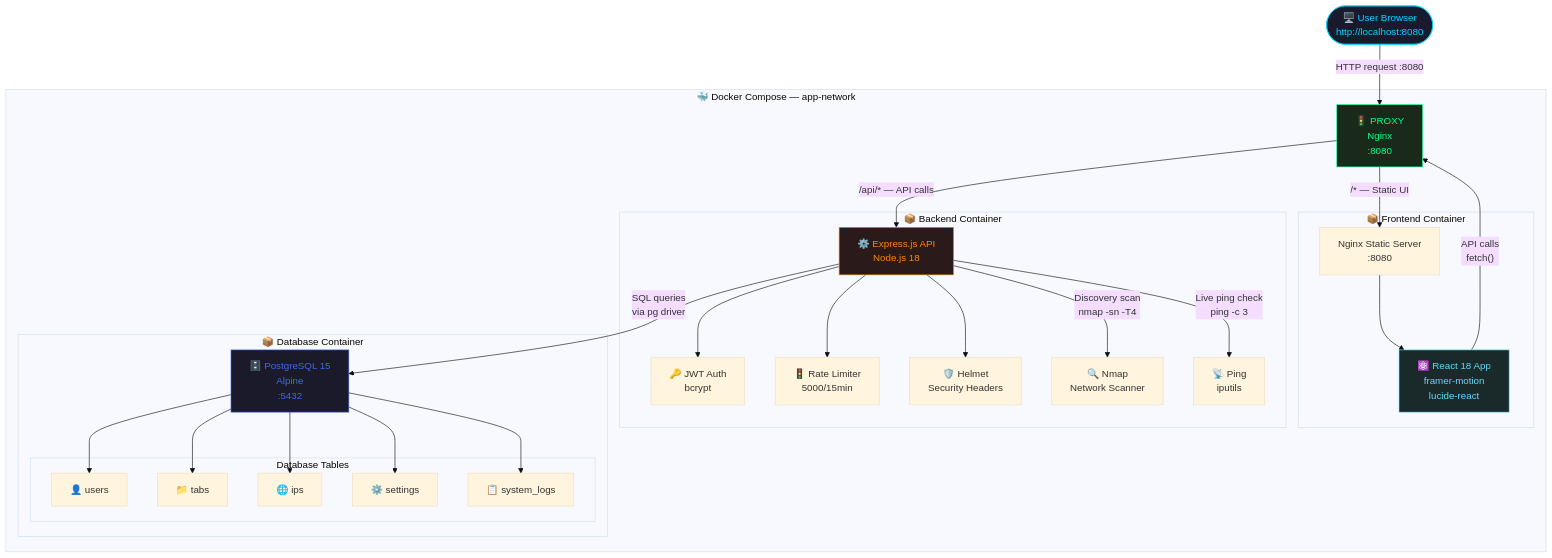
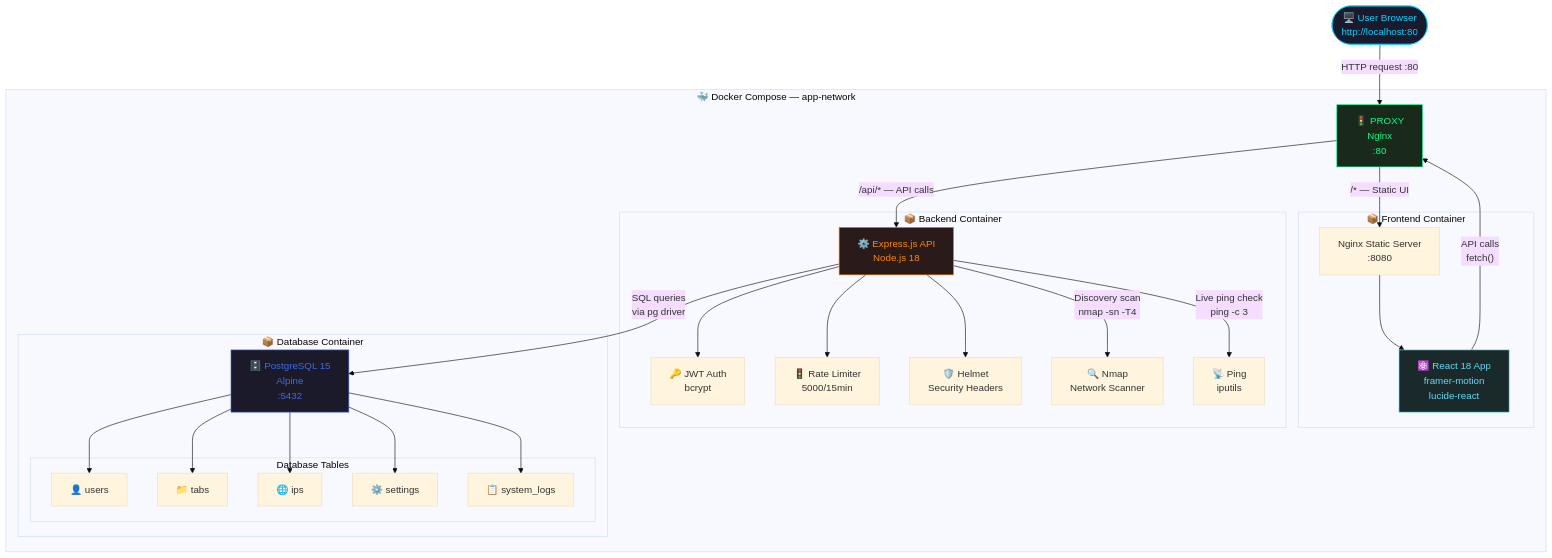
One commit to Git-Raheman/ip-manager changed the diagram in ARCHITECTURE.md. Above: the diagram before and after it, drawn with Mermaid (base theme). The commit also changed other lines of this file and 1 other file, not shown here.

````diff
--- a/ARCHITECTURE.md
+++ b/ARCHITECTURE.md
@@ -76,59 +76,59 @@
 ```mermaid
 flowchart TD
-    Browser(["🖥️ User Browser\nhttp://localhost:8080"])
+    Browser(["🖥️ User Browser\nhttp://localhost:80"])
 
     subgraph Docker["🐳 Docker Compose — app-network"]
-        Proxy["🚦 PROXY\nNginx\n:8080"]
+        Proxy["🚦 PROXY\nNginx\n:80"]
 
         subgraph FE["📦 Frontend Container"]
             React["⚛️ React 18 App\nframer-motion\nlucide-react"]
             FENginx["Nginx Static Server\n:8080"]
         end
 
         subgraph BE["📦 Backend Container"]
             Express["⚙️ Express.js API\nNode.js 18"]
             Auth["🔑 JWT Auth\nbcrypt"]
             RateLimit["🚦 Rate Limiter\n5000/15min"]
             Helmet["🛡️ Helmet\nSecurity Headers"]
             Nmap["🔍 Nmap\nNetwork Scanner"]
             Ping["📡 Ping\niputils"]
         end
 
         subgraph DB["📦 Database Container"]
             PG["🗄️ PostgreSQL 15\nAlpine\n:5432"]
             subgraph Tables["Database Tables"]
                 T1["👤 users"]
                 T2["📁 tabs"]
                 T3["🌐 ips"]
                 T4["⚙️ settings"]
                 T5["📋 system_logs"]
             end
         end
     end
 
-    Browser -->|"HTTP request :8080"| Proxy
+    Browser -->|"HTTP request :80"| Proxy
     Proxy -->|"/* — Static UI"| FENginx
     Proxy -->|"/api/* — API calls"| Express
     FENginx --> React
 
     Express --> Auth
     Express --> RateLimit
     Express --> Helmet
     Express -->|"Discovery scan\nnmap -sn -T4"| Nmap
     Express -->|"Live ping check\nping -c 3"| Ping
 
     Express -->|"SQL queries\nvia pg driver"| PG
     PG --> T1
     PG --> T2
     PG --> T3
     PG --> T4
     PG --> T5
 
     React -->|"API calls\nfetch()"| Proxy
 
     style Browser fill:#1a1a2e,color:#00d4ff,stroke:#00d4ff
     style Proxy fill:#1a2a1a,color:#00ff88,stroke:#00ff88
     style Express fill:#2a1a1a,color:#ff8800,stroke:#ff8800
     style PG fill:#1a1a2a,color:#4169E1,stroke:#4169E1
     style React fill:#1a2a2a,color:#61DAFB,stroke:#61DAFB
 ```
````
